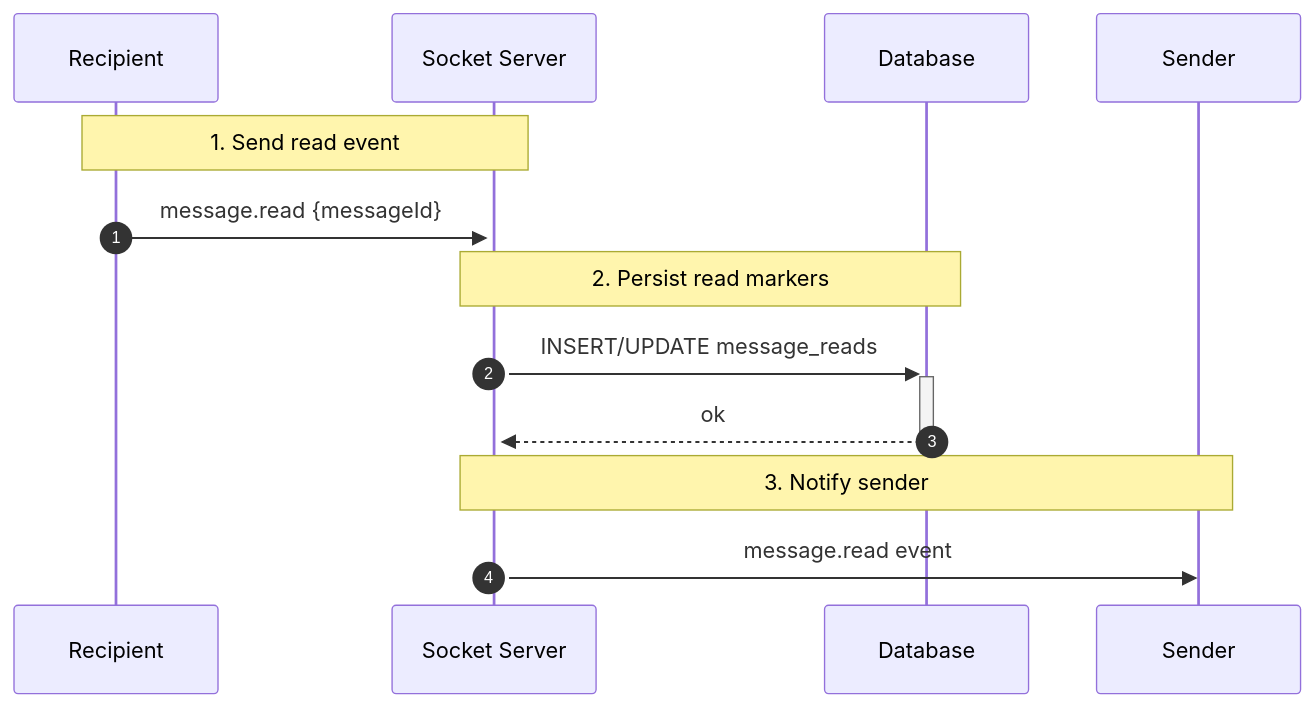
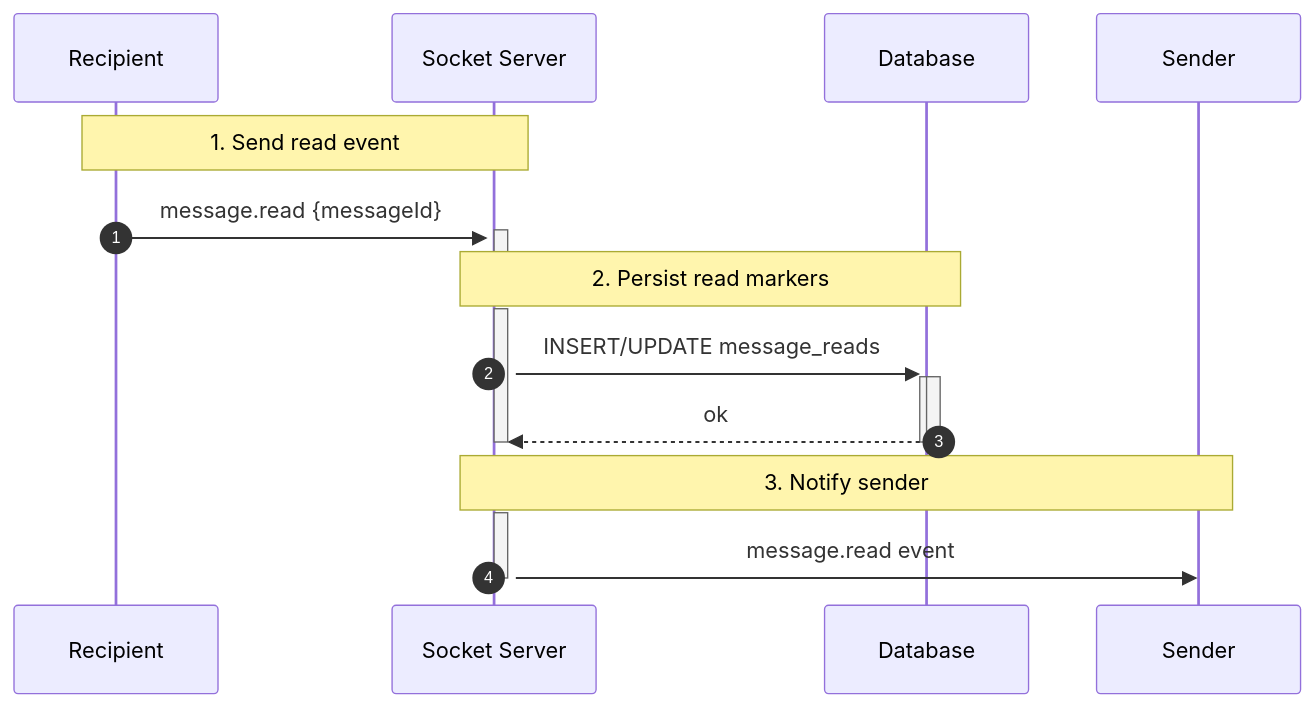
One commit to dinhhoang235/Chat-App changed the first of 2 diagrams in docs/read_receipts.md. Above: the diagram before and after it, drawn with Mermaid. The commit also changed other lines of this file and 6 other files, not shown here.

Commit message:
refactor: streamline sequence diagrams and enhance clarity in API interactions across documentation

````diff
--- a/docs/read_receipts.md
+++ b/docs/read_receipts.md
@@ -23,18 +23,26 @@
 ```mermaid
 sequenceDiagram
   autonumber
   participant C as Recipient
   participant WS as Socket Server
   participant DB as Database
   participant S as Sender
 
   Note over C,WS: 1. Send read event
+  activate WS
   C->>+WS: message.read {messageId}
+  deactivate WS
 
   Note over WS,DB: 2. Persist read markers
+  activate WS
   WS->>+DB: INSERT/UPDATE message_reads
+  activate DB
   DB-->>-WS: ok
+  deactivate DB
+  deactivate WS
 
   Note over WS,S: 3. Notify sender
+  activate WS
   WS->>S: message.read event
+  deactivate WS
 ```
````
